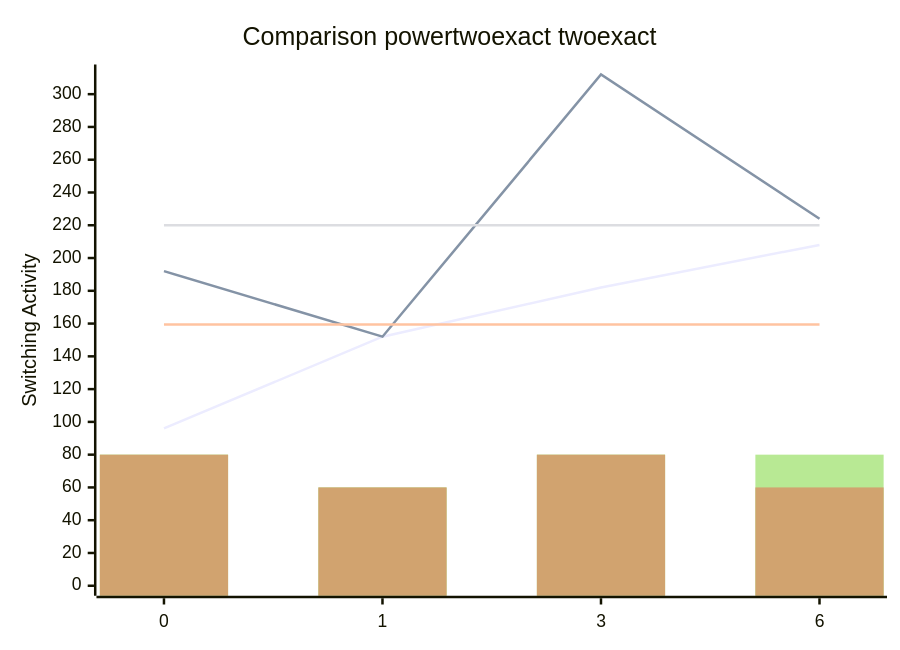
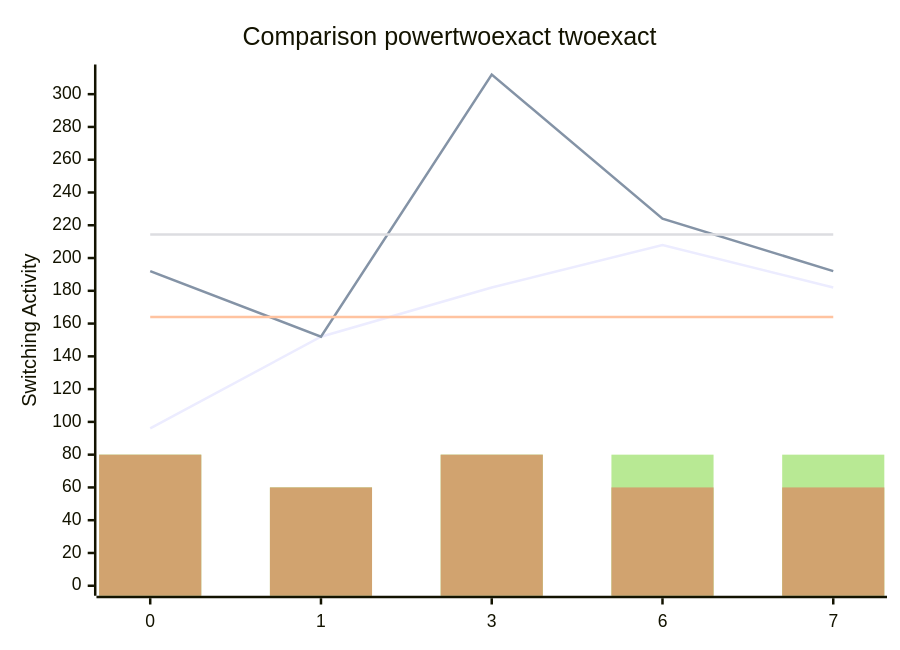
Before and after one commit to FeldmeierMichael/Exact-Power-Synthesis: the diagram in benchmark.md, drawn with Mermaid. The commit also changed other lines of this file and 2 other files, not shown here.

````diff
--- a/benchmark.md
+++ b/benchmark.md
@@ -13,12 +15,12 @@
 ```mermaid
 xychart-beta
     title "Comparison powertwoexact twoexact"
-    x-axis [0, 1, 3, 6]
+    x-axis [0, 1, 3, 6, 7]
     y-axis "Switching Activity" 0-->312
-    line [96, 152, 182, 208]
-    line [192, 152, 312, 224]
-    line [159.5, 159.5, 159.5, 159.5]
-    line [220.0, 220.0, 220.0, 220.0]
-    bar [80, 60, 80, 80]
-    bar [80, 60, 80, 60]
+    line [96, 152, 182, 208, 182]
+    line [192, 152, 312, 224, 192]
+    line [164.0, 164.0, 164.0, 164.0, 164.0]
+    line [214.4, 214.4, 214.4, 214.4, 214.4]
+    bar [80, 60, 80, 80, 80]
+    bar [80, 60, 80, 60, 60]
 ```
````
